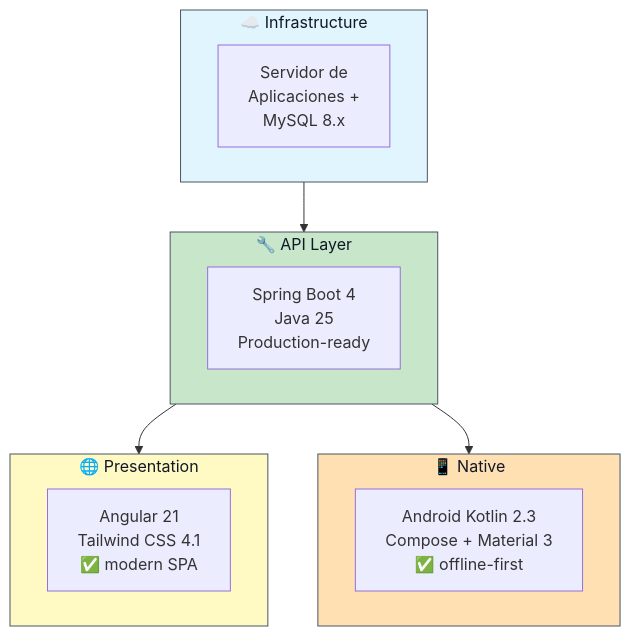
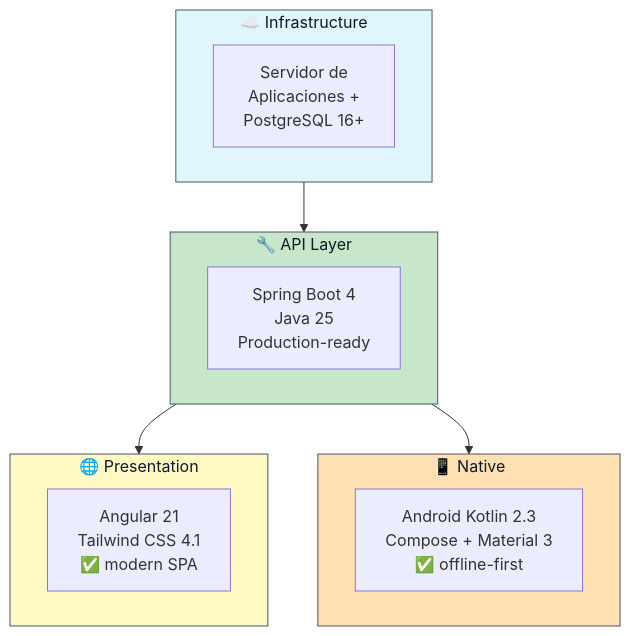
The third of 7 diagrams in docs/src/content/docs/introduccion/contexto-proyecto.mdx (transparenciapublicadev/plataforma-saip-apelaciones), drawn with Mermaid before and after one commit. The commit also changed 18 other files, not shown here.

Commit message:
📝 docs: update all documentation for PostgreSQL as default runtime

````diff
--- a/docs/src/content/docs/introduccion/contexto-proyecto.mdx
+++ b/docs/src/content/docs/introduccion/contexto-proyecto.mdx
@@ -136,27 +136,27 @@
 ```mermaid
 graph TB
     subgraph Cloud["☁️ Infrastructure"]
-        AWS["Servidor de<br/>Aplicaciones +<br/>MySQL 8.x"]
+        AWS["Servidor de<br/>Aplicaciones +<br/>PostgreSQL 16+"]
     end
     
     subgraph Backend["🔧 API Layer"]
         Spring["Spring Boot 4<br/>Java 25<br/>Production-ready"]
     end
     
     subgraph Frontend["🌐 Presentation"]
         Angular["Angular 21<br/>Tailwind CSS 4.1<br/>✅ modern SPA"]
     end
     
     subgraph Mobile["📱 Native"]
         Android["Android Kotlin 2.3<br/>Compose + Material 3<br/>✅ offline-first"]
     end
     
     Cloud --> Backend
     Backend --> Frontend
     Backend --> Mobile
     
     style Cloud fill:#e1f5fe,color:#111827,stroke:#4b5563,stroke-width:1px
     style Backend fill:#c8e6c9,color:#111827,stroke:#4b5563,stroke-width:1px
     style Frontend fill:#fff9c4,color:#111827,stroke:#4b5563,stroke-width:1px
     style Mobile fill:#ffe0b2,color:#111827,stroke:#4b5563,stroke-width:1px
 ```
````
